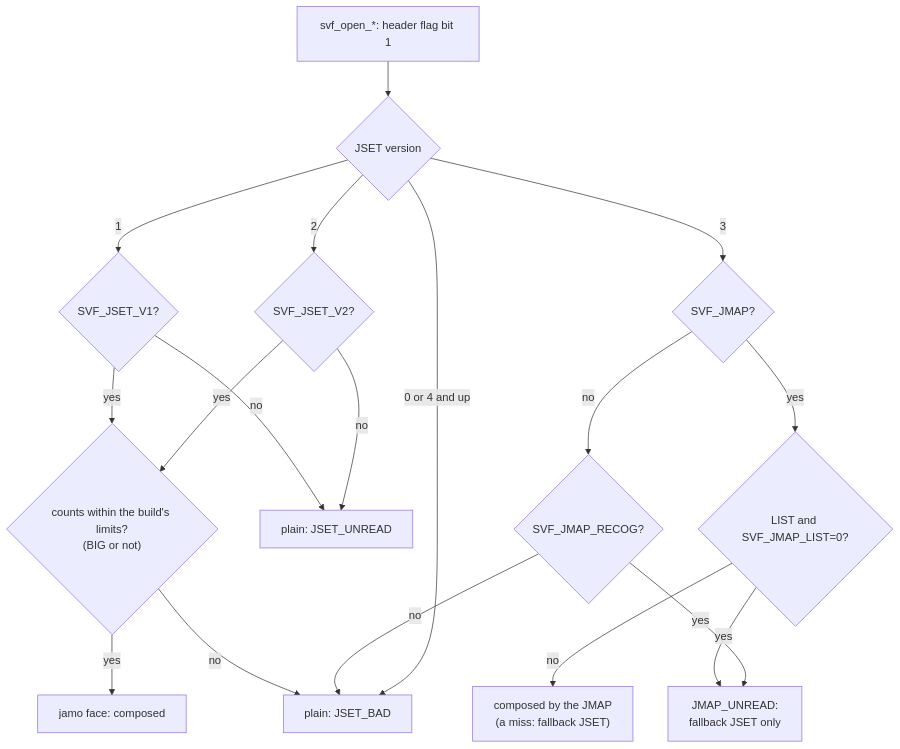
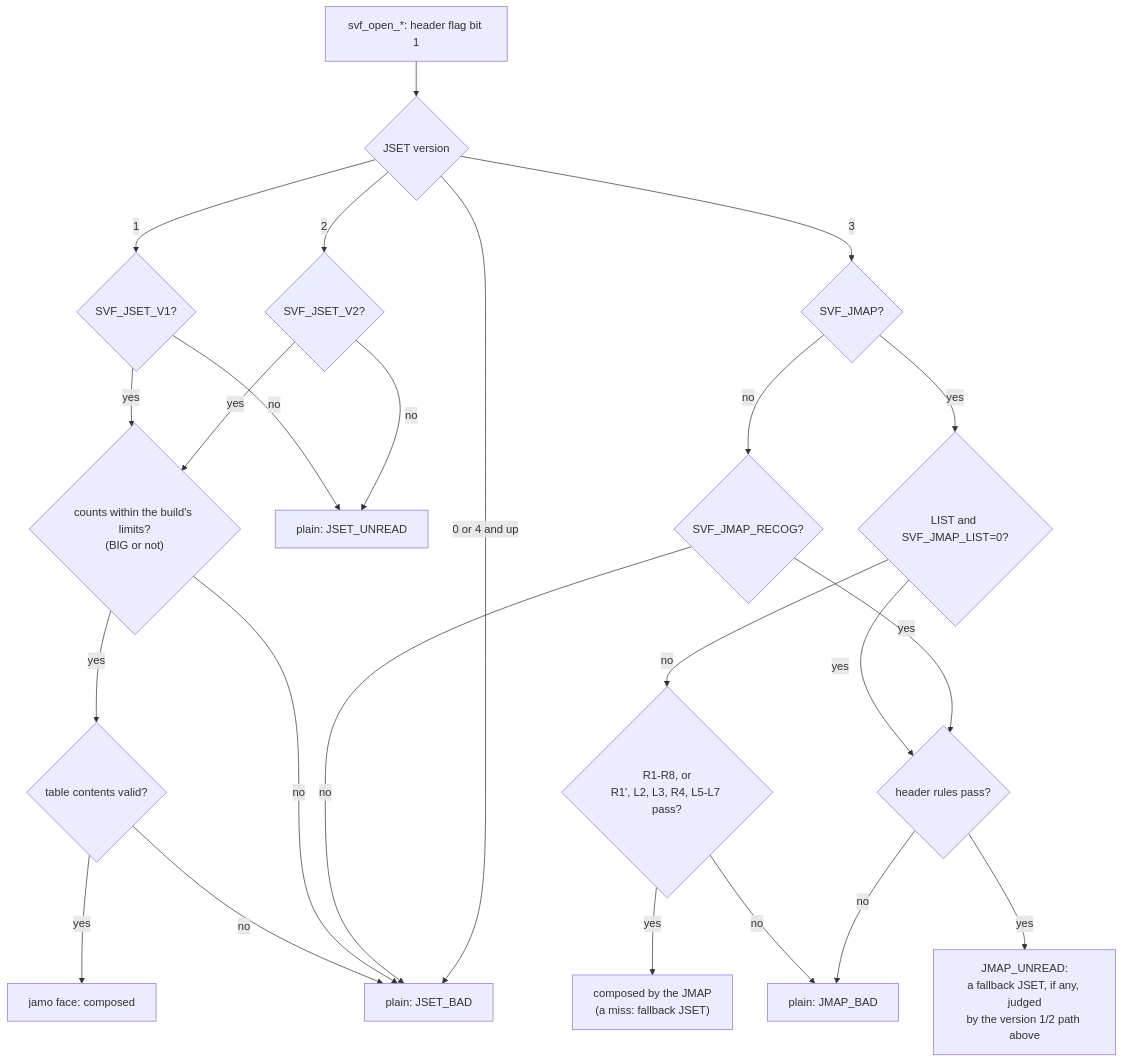
Diagram 23 of 26 in docs/jamo-sets.md (TaehyunKimLL/svf-fonts-open), drawn with Mermaid before and after one commit. The commit also changed other lines of this file and 1 other file, not shown here.

````diff
--- a/docs/jamo-sets.md
+++ b/docs/jamo-sets.md
@@ -1027,20 +1065,26 @@
 ```mermaid
 flowchart TD
   O["svf_open_*: header flag bit 1"] --> V{"JSET version"}
   V -->|1| A{"SVF_JSET_V1?"}
   A -->|yes| A2{"counts within the build's limits?<br/>(BIG or not)"}
-  A2 -->|yes| OK["jamo face: composed"]
+  A2 -->|yes| A3{"table contents valid?"}
+  A3 -->|yes| OK["jamo face: composed"]
+  A3 -->|no| BAD
   A2 -->|no| BAD["plain: JSET_BAD"]
   A -->|no| UN["plain: JSET_UNREAD"]
   V -->|2| B{"SVF_JSET_V2?"}
   B -->|yes| A2
   B -->|no| UN
   V -->|3| C{"SVF_JMAP?"}
   C -->|yes| C2{"LIST and SVF_JMAP_LIST=0?"}
-  C2 -->|no| OK2["composed by the JMAP<br/>(a miss: fallback JSET)"]
-  C2 -->|yes| UNR["JMAP_UNREAD:<br/>fallback JSET only"]
+  C2 -->|no| C3{"R1-R8, or<br/>R1', L2, L3, R4, L5-L7 pass?"}
+  C3 -->|yes| OK2["composed by the JMAP<br/>(a miss: fallback JSET)"]
+  C3 -->|no| JB["plain: JMAP_BAD"]
+  C2 -->|yes| H{"header rules pass?"}
   C -->|no| D{"SVF_JMAP_RECOG?"}
-  D -->|yes| UNR
+  D -->|yes| H
   D -->|no| BAD
+  H -->|yes| UNR["JMAP_UNREAD:<br/>a fallback JSET, if any, judged<br/>by the version 1/2 path above"]
+  H -->|no| JB
   V -->|0 or 4 and up| BAD
 ```
````
